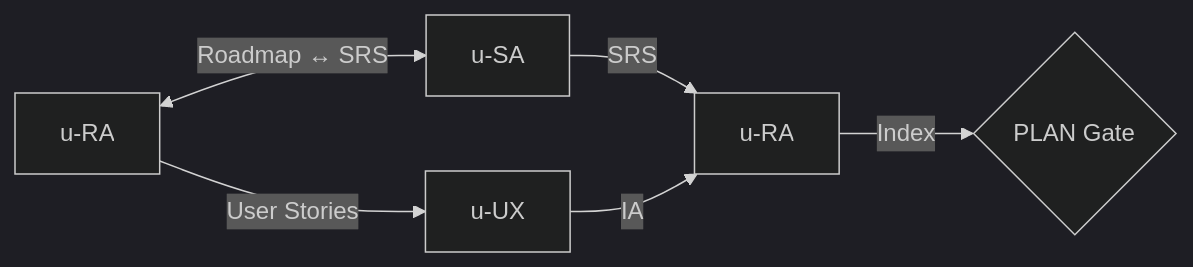
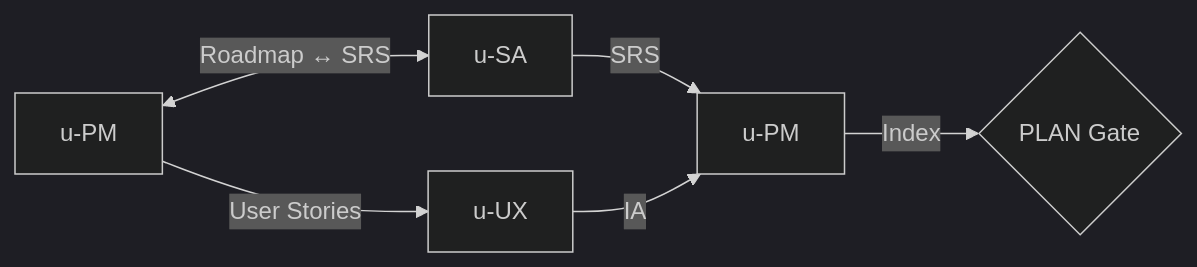
One commit to upleat-ax/u-maker-plugin changed the second of 6 diagrams in _refer/pdca-workflow.md. Above: the diagram before and after it, drawn with Mermaid (dark theme). The commit also changed other lines of this file and 8 other files, not shown here.

````diff
--- a/_refer/pdca-workflow.md
+++ b/_refer/pdca-workflow.md
@@ -99,8 +101,8 @@
 ```mermaid
 flowchart LR
-    RA[u-RA] <-->|Roadmap ↔ SRS| SA[u-SA]
-    RA -->|User Stories| UX[u-UX]
-    SA -->|SRS| RA2[u-RA]
-    UX -->|IA| RA2
-    RA2 -->|Index| GATE{PLAN Gate}
+    PM[u-PM] <-->|Roadmap ↔ SRS| SA[u-SA]
+    PM -->|User Stories| UX[u-UX]
+    SA -->|SRS| PM2[u-PM]
+    UX -->|IA| PM2
+    PM2 -->|Index| GATE{PLAN Gate}
 ```
````
